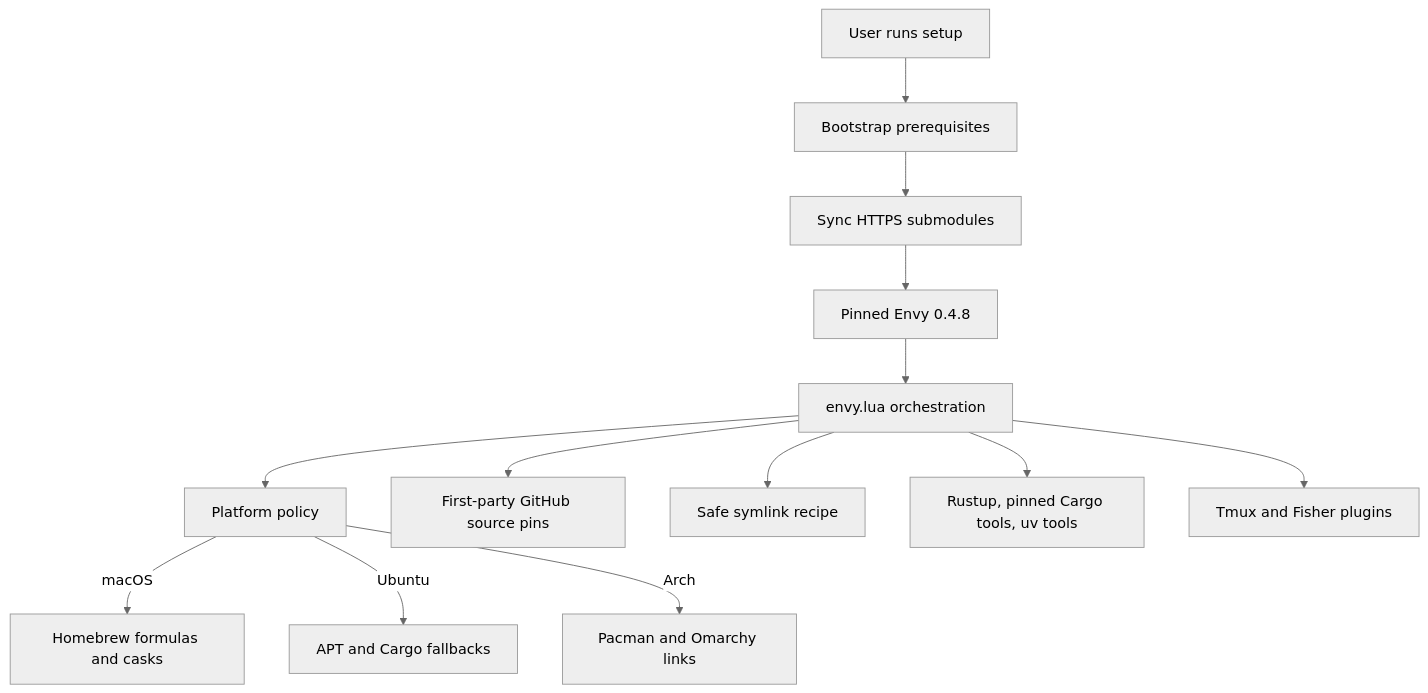
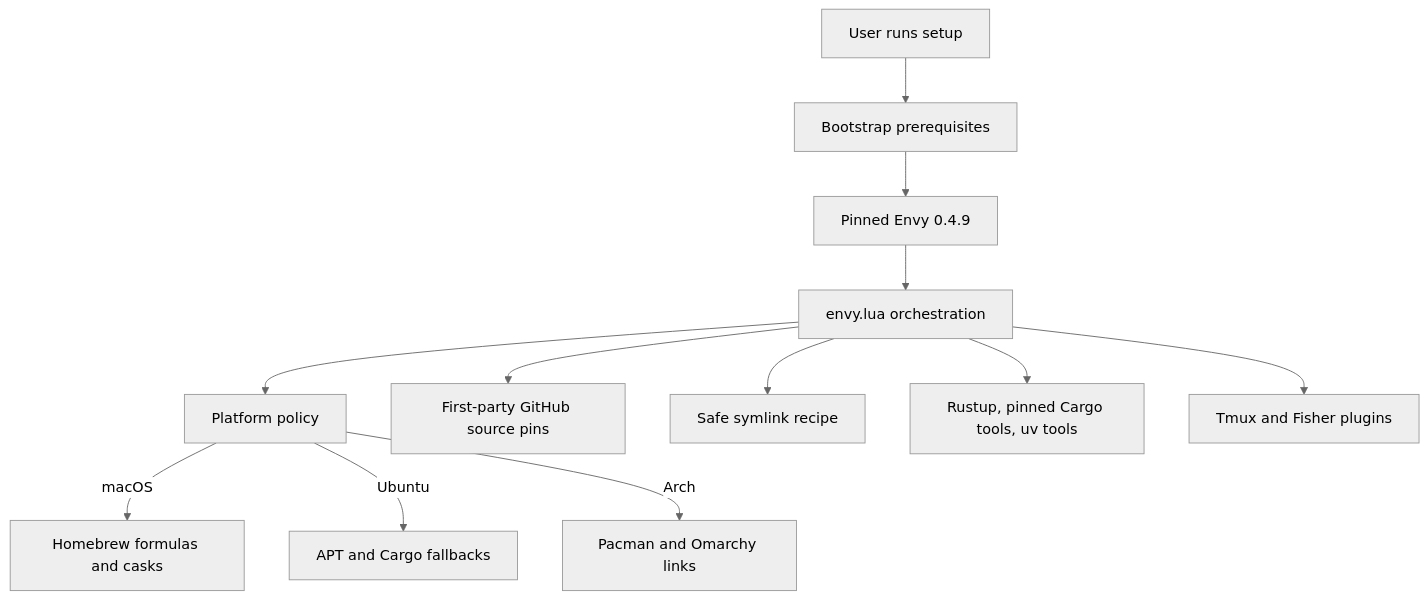
One commit to hantianjz/dotfiles changed the first of 2 diagrams in docs/envy-cross-platform.md. Above: the diagram before and after it, drawn with Mermaid (neutral theme). The commit also changed other lines of this file and 17 other files, not shown here.

````diff
--- a/docs/envy-cross-platform.md
+++ b/docs/envy-cross-platform.md
@@ -36,15 +36,14 @@
 ```mermaid
 flowchart TB
     User[User runs setup] --> Bootstrap[Bootstrap prerequisites]
-    Bootstrap --> Submodules[Sync HTTPS submodules]
-    Submodules --> Envy[Pinned Envy 0.4.8]
+    Bootstrap --> Envy[Pinned Envy 0.4.9]
     Envy --> Manifest[envy.lua orchestration]
     Manifest --> Policy[Platform policy]
     Manifest --> GitHub[First-party GitHub source pins]
     Policy -->|macOS| Brew[Homebrew formulas and casks]
     Policy -->|Ubuntu| Apt[APT and Cargo fallbacks]
     Policy -->|Arch| Pacman[Pacman and Omarchy links]
     Manifest --> Links[Safe symlink recipe]
     Manifest --> Tools[Rustup, pinned Cargo tools, uv tools]
     Manifest --> Plugins[Tmux and Fisher plugins]
 ```
````
